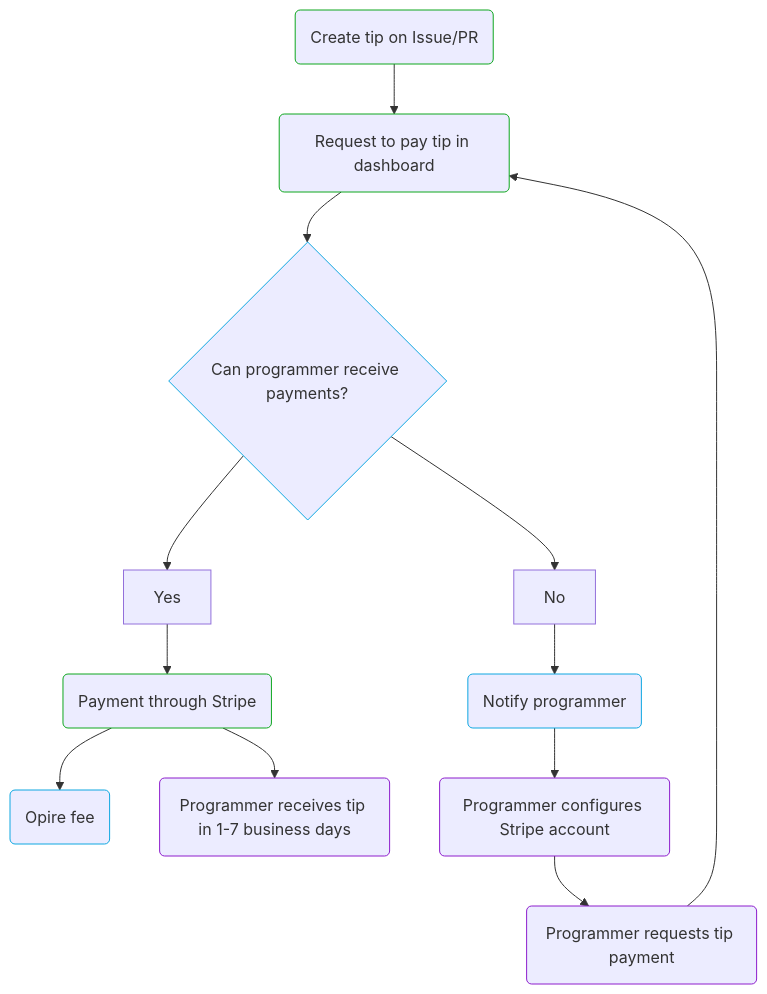
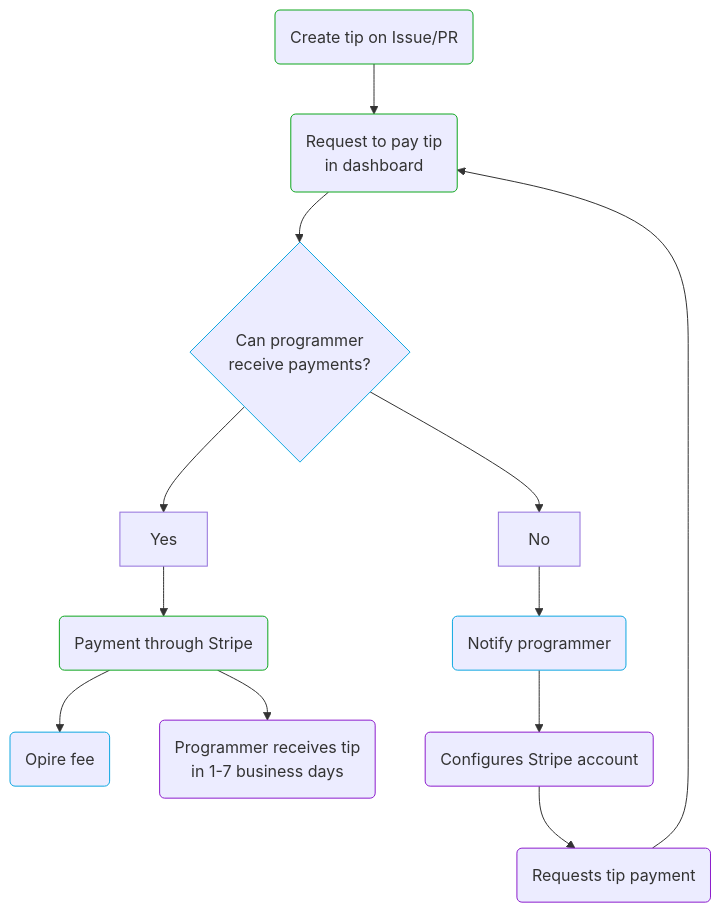
The second of 2 diagrams in pages/tips/lifecycle.en.mdx (Opire/docs), drawn with Mermaid before and after one commit. The commit also changed other lines of this file and 3 other files, not shown here.

````diff
--- a/pages/tips/lifecycle.en.mdx
+++ b/pages/tips/lifecycle.en.mdx
@@ -23,15 +23,15 @@
 ```mermaid
 flowchart TD
     classDef opire stroke:#0EA7E1
     classDef creator stroke:#0EA71F
     classDef programmer stroke:#8D1DCD
-    A(Create tip on Issue/PR):::creator --> B(Request to pay tip in dashboard):::creator
-    B --> C{Can programmer receive payments?}:::opire
+    A(Create tip on Issue/PR):::creator --> B(Request to pay tip<br/> in dashboard):::creator
+    B --> C{Can programmer <br/>receive payments?}:::opire
     C --> Yes --> E(Payment through Stripe):::creator
     E --> F(Opire fee):::opire
-    E --> G(Programmer receives tip in 1-7 business days):::programmer
+    E --> G(Programmer receives tip<br/> in 1-7 business days):::programmer
     C --> No --> D(Notify programmer):::opire
-    D --> H(Programmer configures Stripe account):::programmer
-    H --> I(Programmer requests tip payment):::programmer
+    D --> H(Configures Stripe account):::programmer
+    H --> I(Requests tip payment):::programmer
     I --> B
 ```
````
